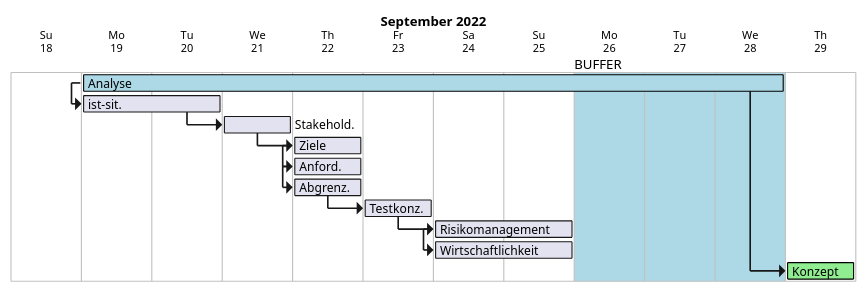
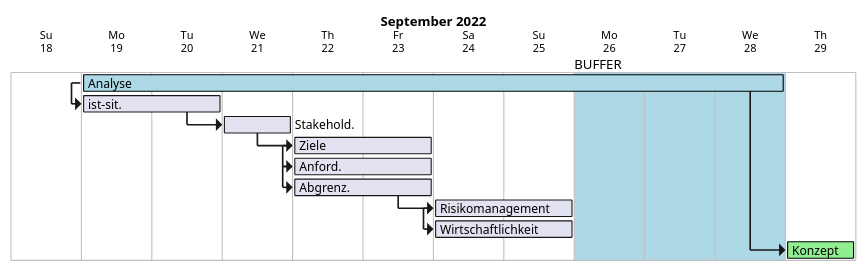
One commit to Fr0sTieCH/Diplomarbeit changed the diagram in documentation/content/diagrams/gantt/analisisPlanning.wsd. Above: the diagram before and after it, drawn with PlantUML. The commit also changed 58 other files, not shown here.

```diff
--- a/documentation/content/diagrams/gantt/analisisPlanning.wsd
+++ b/documentation/content/diagrams/gantt/analisisPlanning.wsd
@@ -1,45 +1,43 @@
 @startgantt analisisPlanning
 
 hide footbox
 printscale daily zoom 4
 project starts the 2022/09/18
 
 
 
 [Analyse] lasts 10 days
 
 'EVENTS:
 
 
 [ist-sit.] lasts 2 days
 [Stakehold.] lasts 1 days
-[Ziele] lasts 1 days
-[Anford.] lasts 1 days
-[Abgrenz.] lasts 1 days
-[Testkonz.] lasts 1 days
+[Ziele] lasts 2 days
+[Anford.] lasts 2 days
+[Abgrenz.] lasts 2 days
 [Risikomanagement] lasts 2 days
 [Wirtschaftlichkeit] lasts 2 days
 
 
 'PLANNING
 [Analyse] starts at 2022/09/19
 [Konzept] starts at [Analyse]'s end
 [ist-sit.] starts at [Analyse]'s start
 [Stakehold.] starts at [ist-sit.]'s end
 [Ziele] starts at [Stakehold.]'s end
 [Anford.] starts at [Ziele]'s start
 [Abgrenz.] starts at [Anford.]'s start
-[Testkonz.] starts at [Abgrenz.]'s end
-[Risikomanagement] starts at [Testkonz.]'s end
+[Risikomanagement] starts at [Abgrenz.]'s end
 [Wirtschaftlichkeit] starts at [Risikomanagement]'s start
 
 
 
 
 'COLORS
 [Analyse] is colored in LightBlue/Black
 [Konzept] is colored in LightGreen/Black
 2022/09/26 to 2022/09/28 are named [BUFFER]
 2022/09/26 to 2022/09/28 are colored in LightBlue
 
 @endgantt
```
